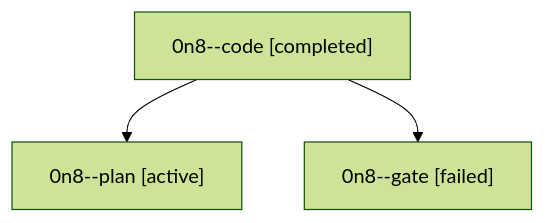
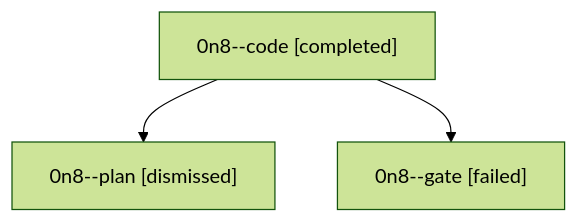
One commit to sase-org/sase--agents changed the diagram in sessions/bbugyi200.athena.0n8.md. Above: the diagram before and after it, drawn with Mermaid (forest theme). The commit also changed other lines of this file and 33 other files, not shown here.

````diff
--- a/sessions/bbugyi200.athena.0n8.md
+++ b/sessions/bbugyi200.athena.0n8.md
@@ -9,8 +9,8 @@
 ```mermaid
 flowchart TD
   n0["0n8--code [completed]"]
-  n1["0n8--plan [active]"]
+  n1["0n8--plan [dismissed]"]
   n0 --> n1
   n2["0n8--gate [failed]"]
   n0 --> n2
 ```
````
